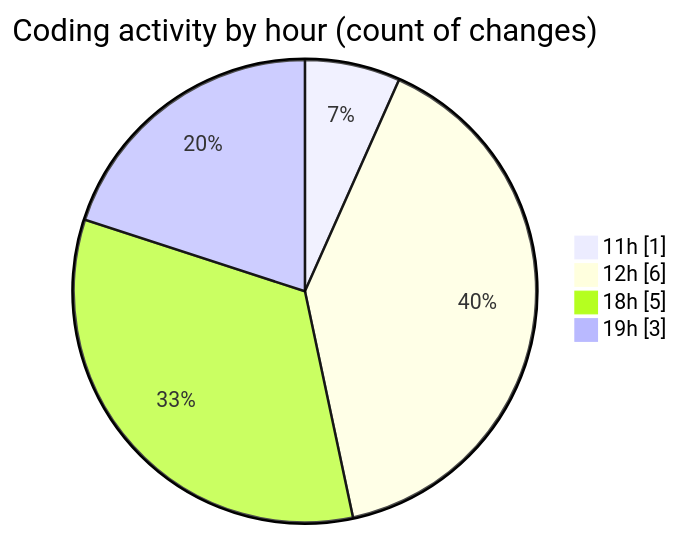
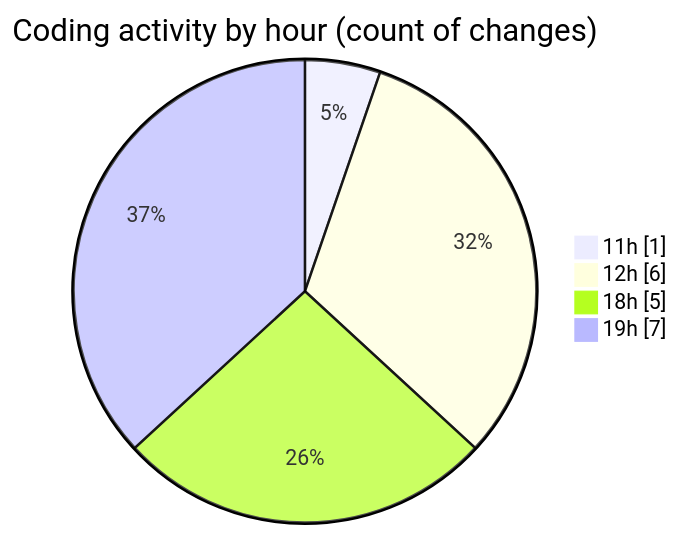
Before and after one commit to nxtqubesakshisongat/code-tracking: the second of 2 diagrams in 2026-05-17/nxtqube_webapp/README.md, drawn with Mermaid. The commit also changed other lines of this file and 1 other file, not shown here.

````diff
--- a/2026-05-17/nxtqube_webapp/README.md
+++ b/2026-05-17/nxtqube_webapp/README.md
@@ -32,8 +33,8 @@
 ```mermaid
 pie showData
 title Coding activity by hour (count of changes)
 "11h" : 1
 "12h" : 6
 "18h" : 5
-"19h" : 3
+"19h" : 7
 ```
````
